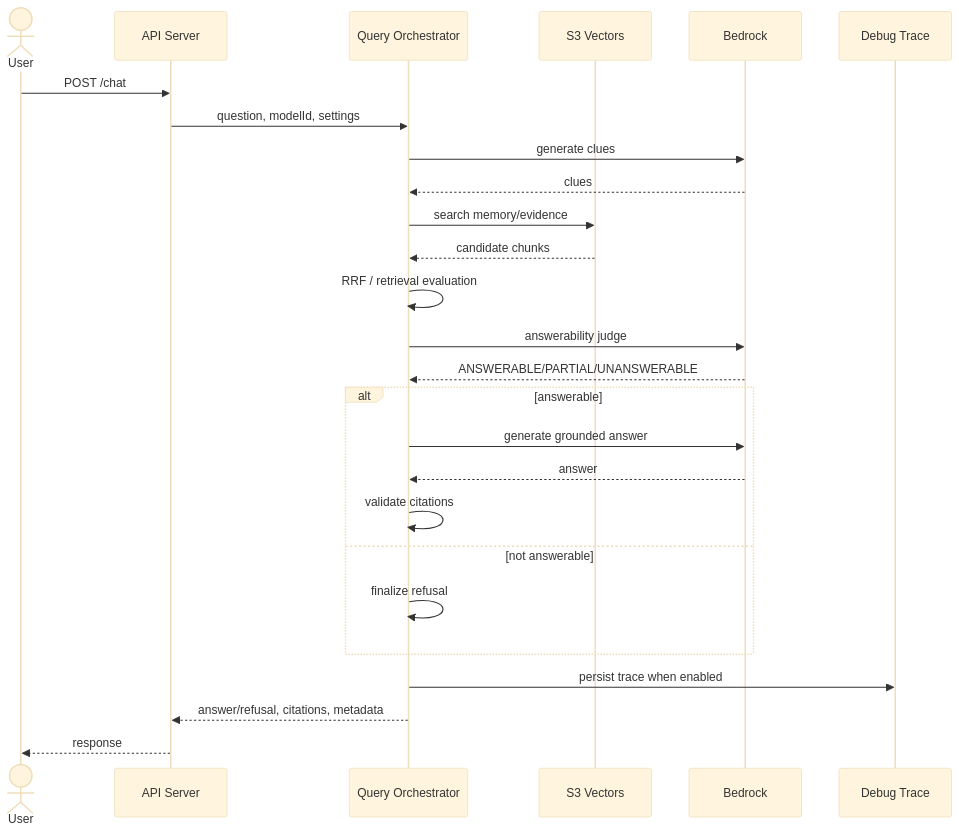
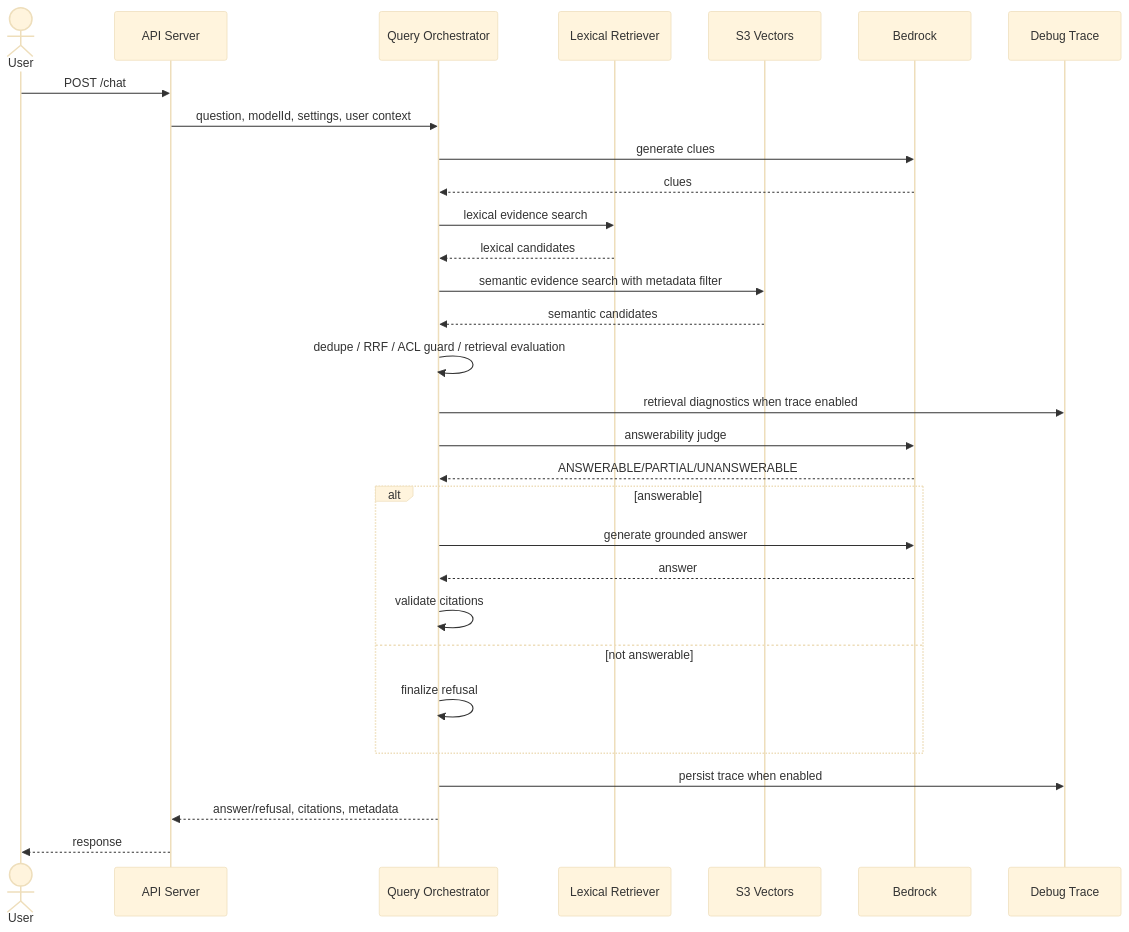
Before and after one commit to tsuji-tomonori/rag-assist: the second of 2 diagrams in memorag-bedrock-mvp/docs/2_アーキテクチャ_ARC/11_ビュー_VIEW/ARC_VIEW_001.md, drawn with Mermaid (base theme). The commit also changed other lines of this file and 12 other files, not shown here.

````diff
--- a/memorag-bedrock-mvp/docs/2_アーキテクチャ_ARC/11_ビュー_VIEW/ARC_VIEW_001.md
+++ b/memorag-bedrock-mvp/docs/2_アーキテクチャ_ARC/11_ビュー_VIEW/ARC_VIEW_001.md
@@ -85,29 +93,33 @@
 ```mermaid
 sequenceDiagram
   actor U as User
   participant API as API Server
   participant RAG as Query Orchestrator
+  participant LX as Lexical Retriever
   participant VS as S3 Vectors
   participant BR as Bedrock
   participant TR as Debug Trace
 
   U->>API: POST /chat
-  API->>RAG: question, modelId, settings
+  API->>RAG: question, modelId, settings, user context
   RAG->>BR: generate clues
   BR-->>RAG: clues
-  RAG->>VS: search memory/evidence
-  VS-->>RAG: candidate chunks
-  RAG->>RAG: RRF / retrieval evaluation
+  RAG->>LX: lexical evidence search
+  LX-->>RAG: lexical candidates
+  RAG->>VS: semantic evidence search with metadata filter
+  VS-->>RAG: semantic candidates
+  RAG->>RAG: dedupe / RRF / ACL guard / retrieval evaluation
+  RAG->>TR: retrieval diagnostics when trace enabled
   RAG->>BR: answerability judge
   BR-->>RAG: ANSWERABLE/PARTIAL/UNANSWERABLE
   alt answerable
     RAG->>BR: generate grounded answer
     BR-->>RAG: answer
     RAG->>RAG: validate citations
   else not answerable
     RAG->>RAG: finalize refusal
   end
   RAG->>TR: persist trace when enabled
   RAG-->>API: answer/refusal, citations, metadata
   API-->>U: response
 ```
````
